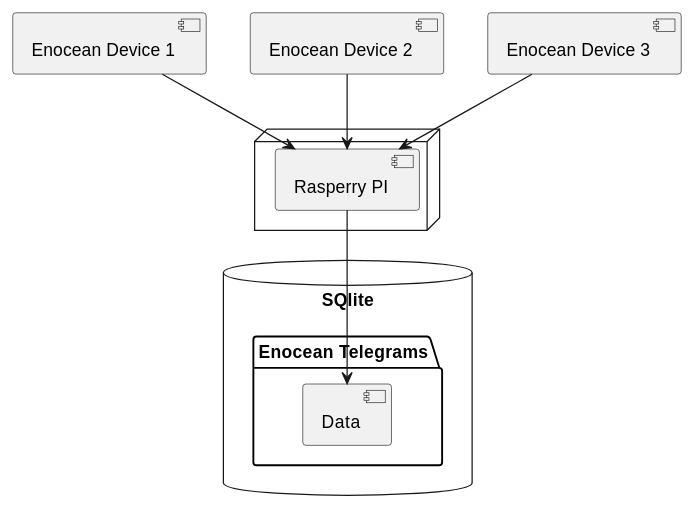
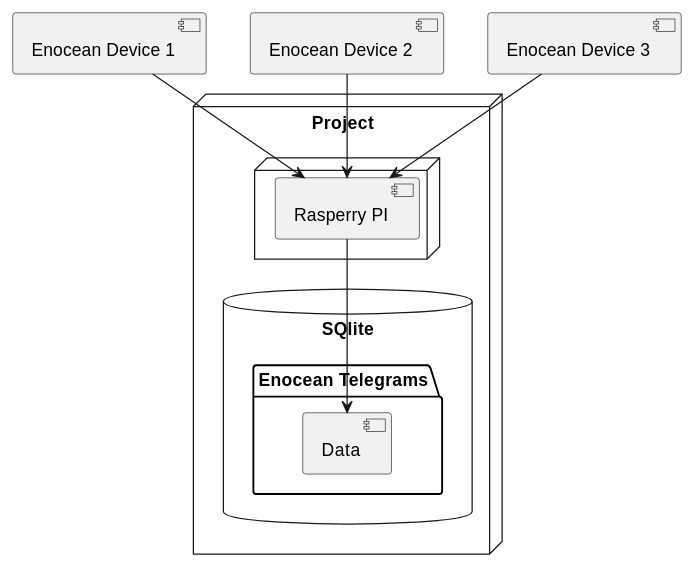
The diagram in documentation/4_systemcontext.md (Gr33nOpo55um/EnOcean), drawn with PlantUML before and after one commit. The commit also changed other lines of this file and 5 other files, not shown here.

````diff
--- a/documentation/4_systemcontext.md
+++ b/documentation/4_systemcontext.md
@@ -3,27 +1,26 @@
+```{puml}
+
 @startuml
+node "Project" {
+  node {
+    [Rasperry PI]
+    }
 
 
+    database "SQlite" {
+      folder "Enocean Telegrams" {
+        [Data]
+        }
 
-
-
-node {
-  [Rasperry PI]
+    }
 }
-
-
-database "SQlite" {
-  folder "Enocean Telegrams" {
-    [Data]
-  }
-
-}
-
 
 [Enocean Device 1] --> [Rasperry PI]
 [Enocean Device 2] --> [Rasperry PI]
 [Enocean Device 3] --> [Rasperry PI]
 
 
 [Rasperry PI] --> [Data]
 
 @enduml
+```
````
